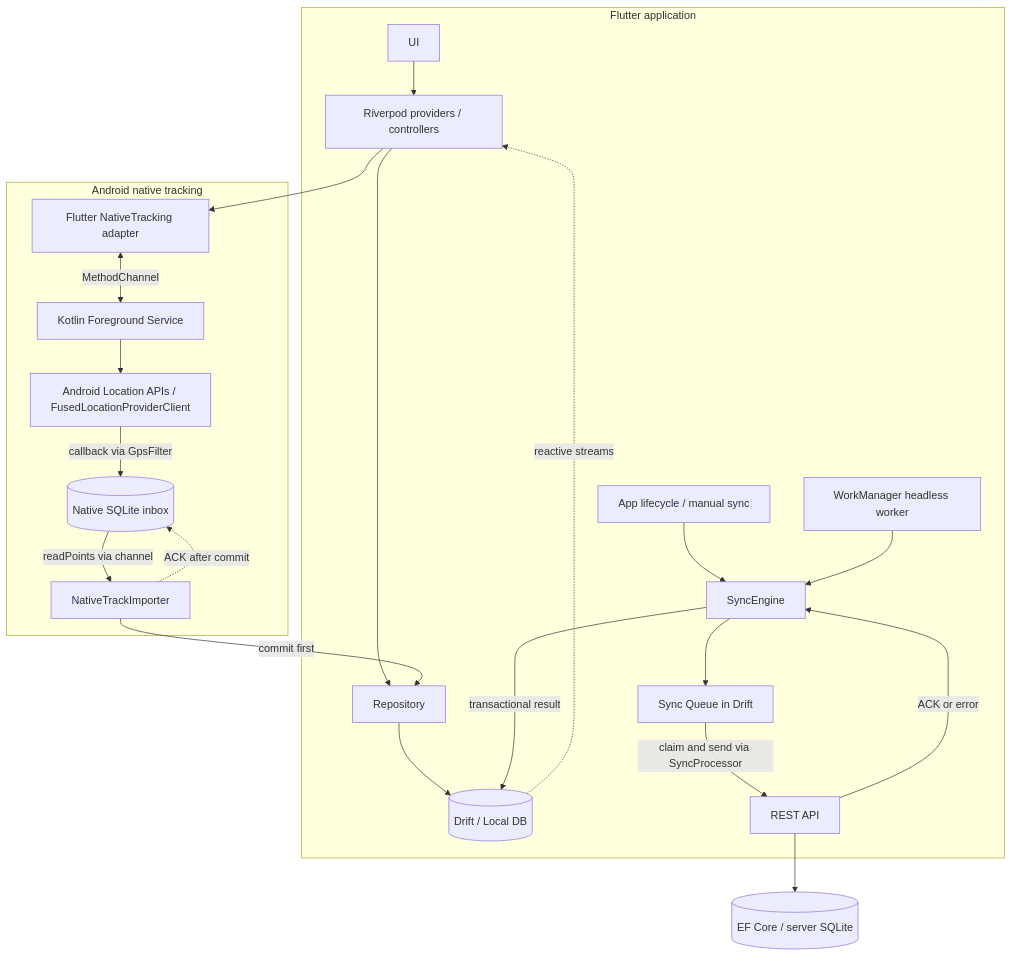
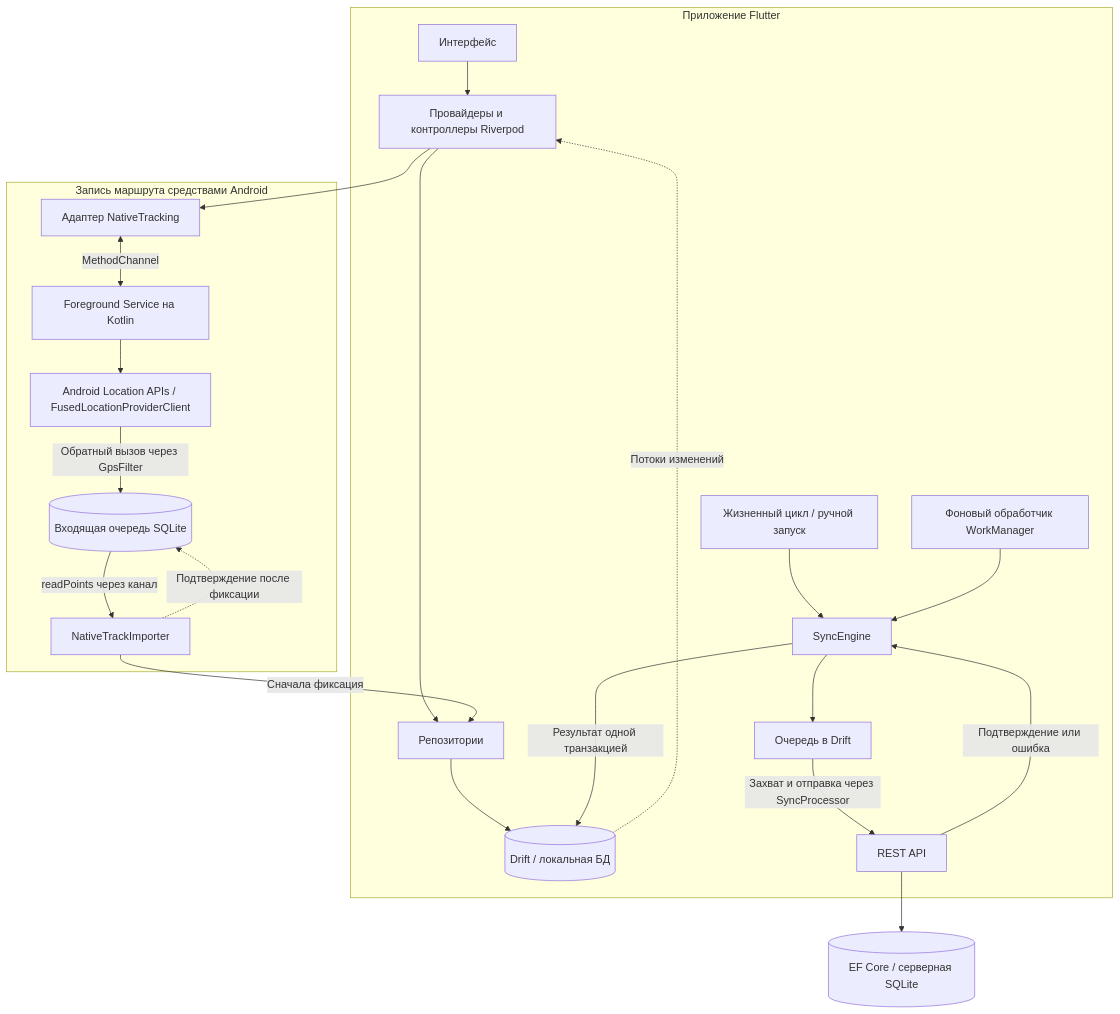
One commit to TrypikRU/workingwithmaps changed the diagram in README.md. Above: the diagram before and after it, drawn with Mermaid. The commit also changed other lines of this file and 131 other files, not shown here.

````diff
--- a/README.md
+++ b/README.md
@@ -53,25 +53,25 @@
-```mermaid
+~~~mermaid
 flowchart TB
-    subgraph Mobile[Flutter application]
-        UI[UI] --> RP[Riverpod providers / controllers]
-        RP --> Repo[Repository]
-        Repo --> DB[(Drift / Local DB)]
-        DB -. reactive streams .-> RP
-        Trigger[App lifecycle / manual sync] --> Engine[SyncEngine]
-        Worker[WorkManager headless worker] --> Engine
-        Engine --> Queue[Sync Queue in Drift]
-        Queue -->|claim and send via SyncProcessor| API[REST API]
-        API -->|ACK or error| Engine
-        Engine -->|transactional result| DB
+    subgraph Mobile[Приложение Flutter]
+        UI[Интерфейс] --> RP[Провайдеры и контроллеры Riverpod]
+        RP --> Repo[Репозитории]
+        Repo --> DB[(Drift / локальная БД)]
+        DB -. Потоки изменений .-> RP
+        Trigger[Жизненный цикл / ручной запуск] --> Engine[SyncEngine]
+        Worker[Фоновый обработчик WorkManager] --> Engine
+        Engine --> Queue[Очередь в Drift]
+        Queue -->|Захват и отправка через SyncProcessor| API[REST API]
+        API -->|Подтверждение или ошибка| Engine
+        Engine -->|Результат одной транзакцией| DB
     end
-    subgraph Native[Android native tracking]
-        Bridge[Flutter NativeTracking adapter] <-->|MethodChannel| Service[Kotlin Foreground Service]
+    subgraph Native[Запись маршрута средствами Android]
+        Bridge[Адаптер NativeTracking] <-->|MethodChannel| Service[Foreground Service на Kotlin]
         Service --> Location[Android Location APIs / FusedLocationProviderClient]
-        Location -->|callback via GpsFilter| Inbox[(Native SQLite inbox)]
-        Inbox -->|readPoints via channel| Importer[NativeTrackImporter]
-        Importer -->|commit first| Repo
-        Importer -. ACK after commit .-> Inbox
+        Location -->|Обратный вызов через GpsFilter| Inbox[(Входящая очередь SQLite)]
+        Inbox -->|readPoints через канал| Importer[NativeTrackImporter]
+        Importer -->|Сначала фиксация| Repo
+        Importer -. Подтверждение после фиксации .-> Inbox
     end
     RP --> Bridge
-    API --> Server[(EF Core / server SQLite)]
-```
+    API --> Server[(EF Core / серверная SQLite)]
+~~~
````
